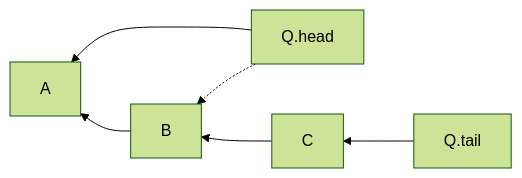
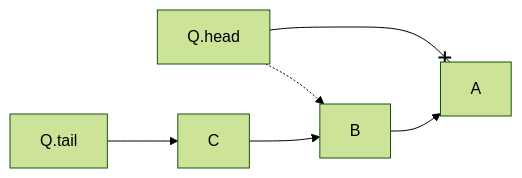
One commit to Eurydia/notes-singularity changed the tenth of 15 diagrams in Computer science/Data structures/Queue.md. Above: the diagram before and after it, drawn with Mermaid (forest theme). The commit also changed other lines of this file and 4 other files, not shown here.

````diff
--- a/Computer science/Data structures/Queue.md
+++ b/Computer science/Data structures/Queue.md
@@ -96,6 +97,6 @@
 	```mermaid
-	flowchart RL
-		Q.head-->A
+	flowchart LR
+		Q.head--xA
+		Q.tail-->C-->B-->A
 		Q.head-.->B
-		Q.tail-->C-->B-->A
 	```
````
